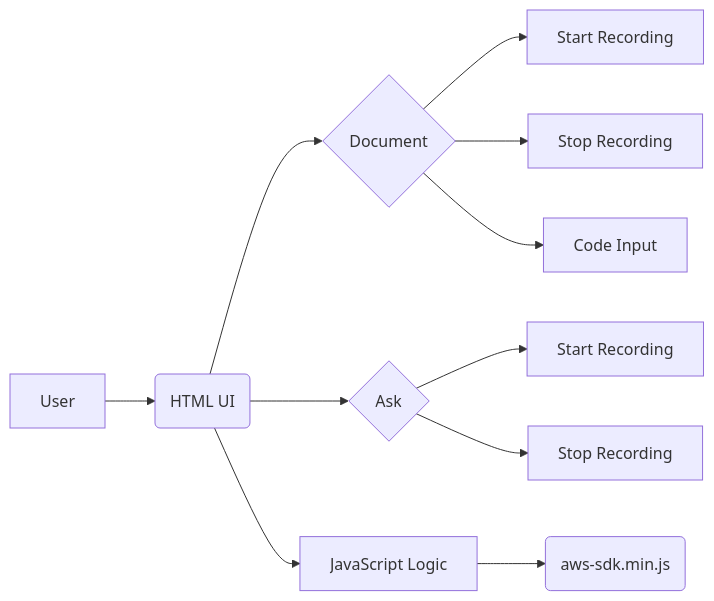
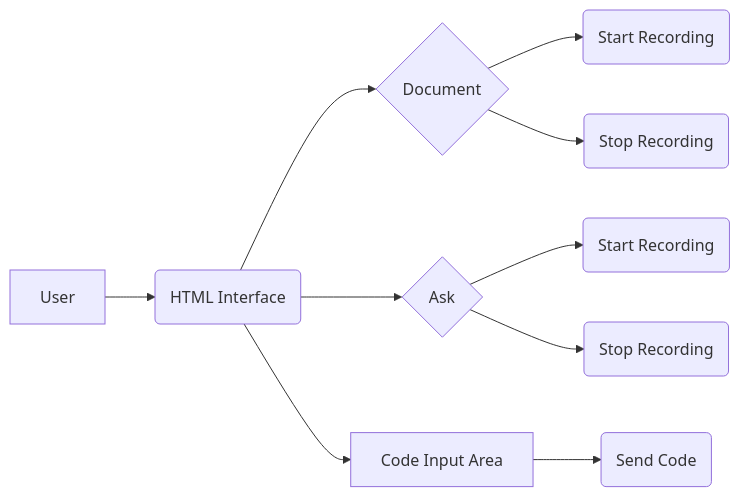
Before and after one commit to Stevenmch/docs: the diagram in Readme_html.md, drawn with Mermaid. The commit also changed other lines of this file, not shown here.

````diff
--- a/Readme_html.md
+++ b/Readme_html.md
@@ -19,13 +11,12 @@
 ```mermaid
 graph LR
-    A[User] --> B(HTML UI)
-    B --> C{Document}
-    B --> D{Ask}
-    C --> E[Start Recording]
-    C --> F[Stop Recording]
-    C --> G[Code Input]
-    D --> H[Start Recording]
-    D --> I[Stop Recording]
-    B --> J[JavaScript Logic]
-    J --> K(aws-sdk.min.js)
+A[User] --> B(HTML Interface)
+B --> C{Document}
+B --> D{Ask}
+B --> E[Code Input Area]
+C --> F(Start Recording)
+C --> G(Stop Recording)
+D --> H(Start Recording)
+D --> I(Stop Recording)
+E --> J(Send Code)
 ```
````
